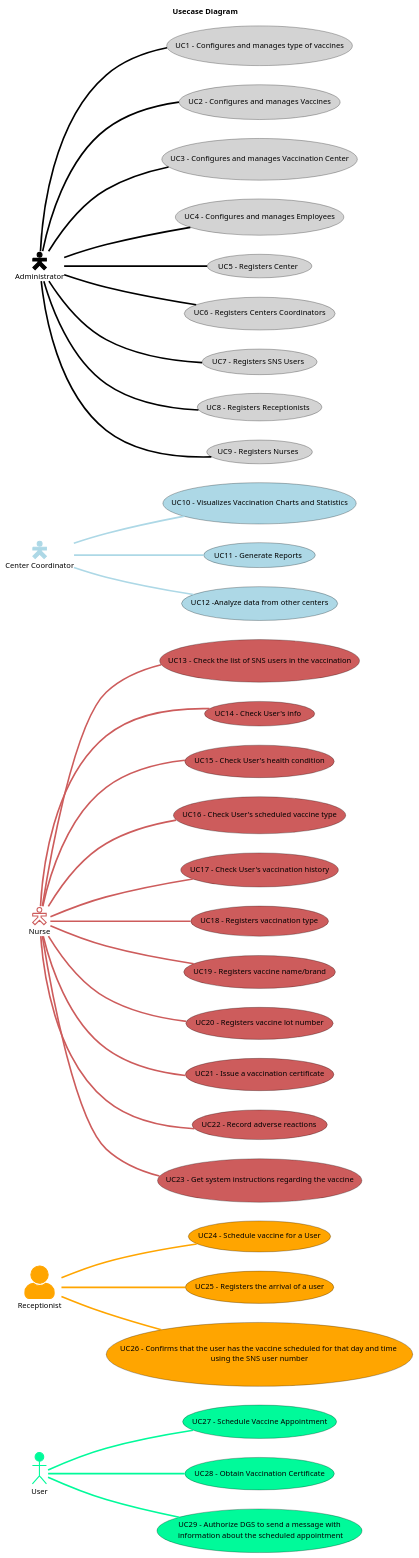
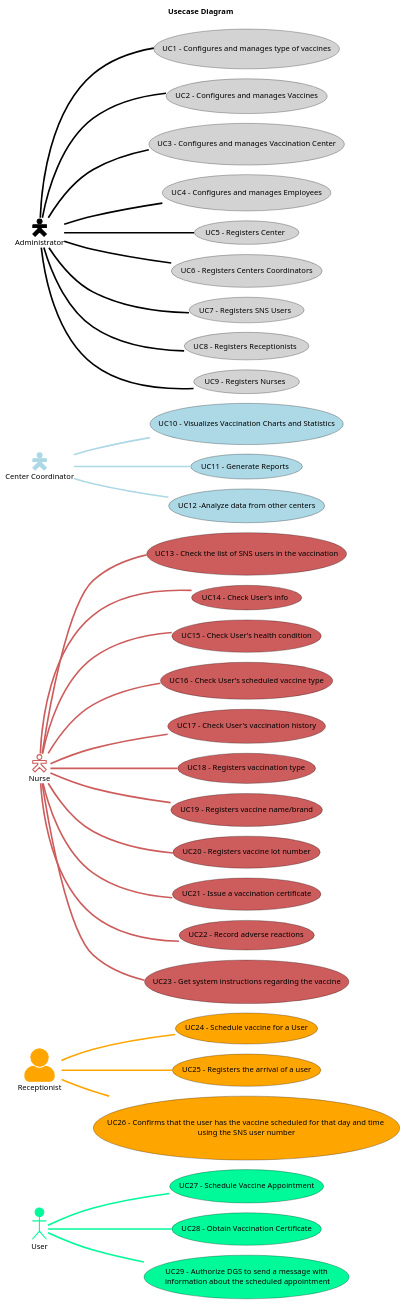
One commit to Pirussa/lei-22-s2-1da-g02 changed the diagram in docs/SprintA/UCD.puml. Above: the diagram before and after it, drawn with PlantUML. The commit also changed 1 other file, not shown here.

```diff
--- a/docs/SprintA/UCD.puml
+++ b/docs/SprintA/UCD.puml
@@ -1,106 +1,106 @@
 @startuml
 'https://plantuml.com/use-case-diagram
-'!pragma layout smetana
+!pragma layout smetana
 
 left to right direction
 title Usecase Diagram
 skinparam titleBorderRoundCorner 20
 skinparam titleBorderThickness 2
 skinparam arrowThickness 3
 
 '**********User*************
 Usecase UC27 as "UC27 - Schedule Vaccine Appointment" #mediumSpringGreen;line:black
 Usecase UC28 as "UC28 - Obtain Vaccination Certificate" #mediumSpringGreen;line:black
 Usecase UC29 as "UC29 - Authorize DGS to send a message with\n information about the scheduled appointment" #mediumSpringGreen;line:black
 
 :User: as U #mediumSpringGreen;line:mediumSpringGreen
 
 U -d- UC27 #mediumSpringGreen
 U -d- UC28 #mediumSpringGreen
 U -d- UC29 #mediumSpringGreen
 
 
 skinparam actorStyle awesome
 
 
 '**********Recepcionist*************
 Usecase UC24 as "UC24 - Schedule vaccine for a User" #orange;line:black
 Usecase UC25 as "UC25 - Registers the arrival of a user" #orange;line:black
 Usecase UC26 as "UC26 - Confirms that the user has the vaccine scheduled for that day and time \n using the SNS user number "  #orange;line:black
 
 :Receptionist: as R #orange;line:orange
 R -d- UC24 #orange;line:orange
 R -d- UC25  #orange;line:orange
 R -d- UC26  #orange;line:orange
 
 
 
 skinparam actorStyle Hollow
 '**********Nurse*************
 Usecase UC13 as "UC13 - Check the list of SNS users in the vaccination"  #indianRed;line:black
 Usecase UC14 as "UC14 - Check User's info" #indianRed;line:black
 Usecase UC15 as "UC15 - Check User's health condition" #indianRed;line:black
 Usecase UC16 as "UC16 - Check User's scheduled vaccine type" #indianRed;line:black
 Usecase UC17 as "UC17 - Check User's vaccination history" #indianRed;line:black
 Usecase UC18 as "UC18 - Registers vaccination type" #indianRed;line:black
 Usecase UC19 as "UC19 - Registers vaccine name/brand" #indianRed;line:black
 Usecase UC20 as "UC20 - Registers vaccine lot number" #indianRed;line:black
 Usecase UC21 as "UC21 - Issue a vaccination certificate" #indianRed;line:black
 Usecase UC22 as "UC22 - Record adverse reactions" #indianRed;line:black
 Usecase UC23 as "UC23 - Get system instructions regarding the vaccine" #indianRed;line:black
 
 :Nurse: as N #white;line:indianRed
 N -d- UC13 #indianRed
 N -d- UC14 #indianRed
 N -d- UC15 #indianRed
 N -d- UC16 #indianRed
 N -d- UC17 #indianRed
 N -d- UC18 #indianRed
 N -d- UC19 #indianRed
 N -d- UC20 #indianRed
 N -d- UC21 #indianRed
 N -d- UC22 #indianRed
 N -d- UC23 #indianRed
 
 
 
 '**********Center Coordinator*************
 Usecase UC10 as "UC10 - Visualizes Vaccination Charts and Statistics" #lightblue;line:black
 Usecase UC11 as "UC11 - Generate Reports" #lightblue;line:black
 Usecase UC12 as "UC12 -Analyze data from other centers" #lightblue;line:black
 
 :Center Coordinator: as CC #lightblue;line:lightblue;
 CC -d- UC10 #lightblue;line:lightblue
 CC -d- UC11 #lightblue;line:lightblue
 CC -d- UC12 #lightblue;line:lightblue
 
 
 '**********ADMINISTRATOR*************
 Usecase UC1 as "UC1 - Configures and manages type of vaccines"   #lightgrey;line:black
 Usecase UC2 as "UC2 - Configures and manages Vaccines"  #lightgrey;line:black
 Usecase UC3 as "UC3 - Configures and manages Vaccination Center"   #lightgrey;line:black
 Usecase UC4 as "UC4 - Configures and manages Employees"  #lightgrey;line:black
 Usecase UC5 as "UC5 - Registers Center" #lightgrey;line:black
 Usecase UC6 as "UC6 - Registers Centers Coordinators" #lightgrey;line:black
 Usecase UC7 as "UC7 - Registers SNS Users" #lightgrey;line:black
 Usecase UC8 as "UC8 - Registers Receptionists" #lightgrey;line:black
 Usecase UC9 as "UC9 - Registers Nurses" #lightgrey;line:black
 
 
 :Administrator: as A #black;line:black
 A -d- UC1 #black;line:black
 A -d- UC2 #black;line:black
 A -d- UC3 #black;line:black
 A -d- UC4 #black;line:black
 A -d- UC5 #black;line:black
 A -d- UC6 #black;line:black
 A -d- UC7 #black;line:black
 A -d- UC8 #black;line:black
 A -d- UC9 #black;line:black
 
 
 '**********User*************
 
 
 
 @enduml
```
